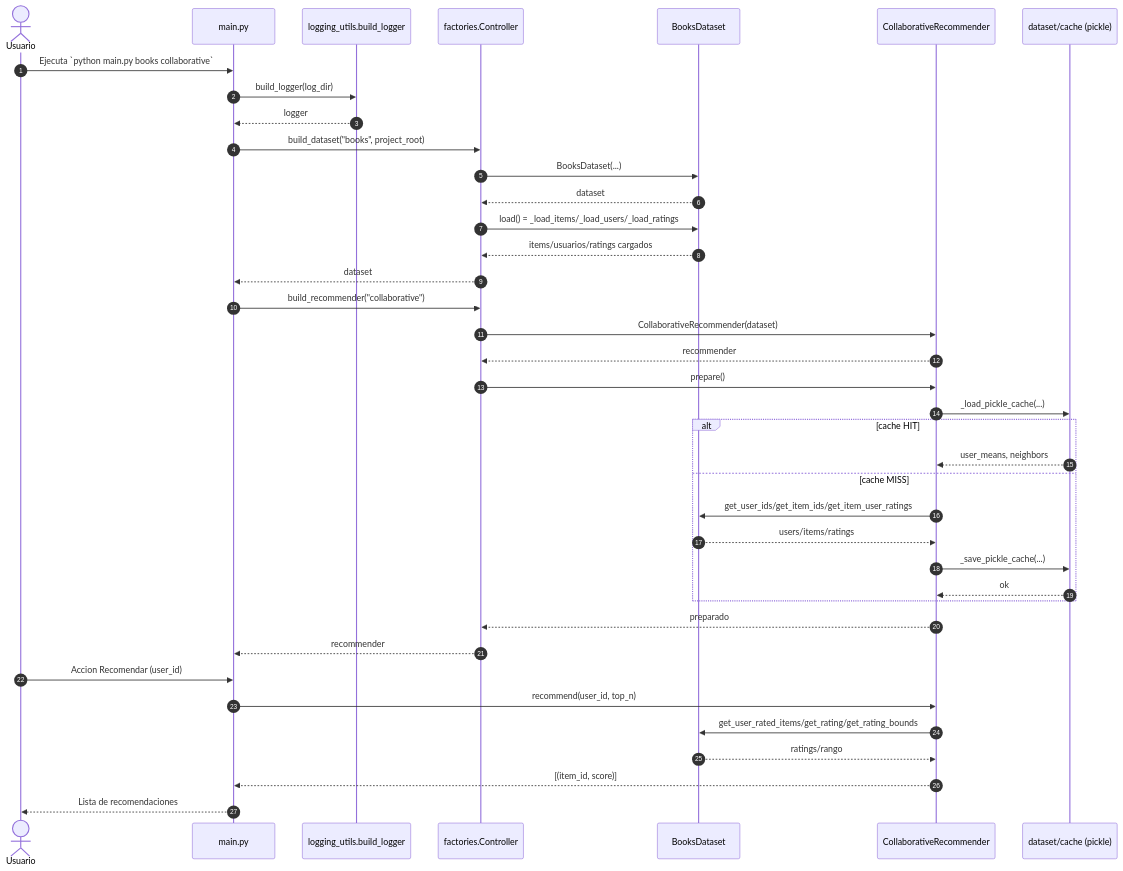
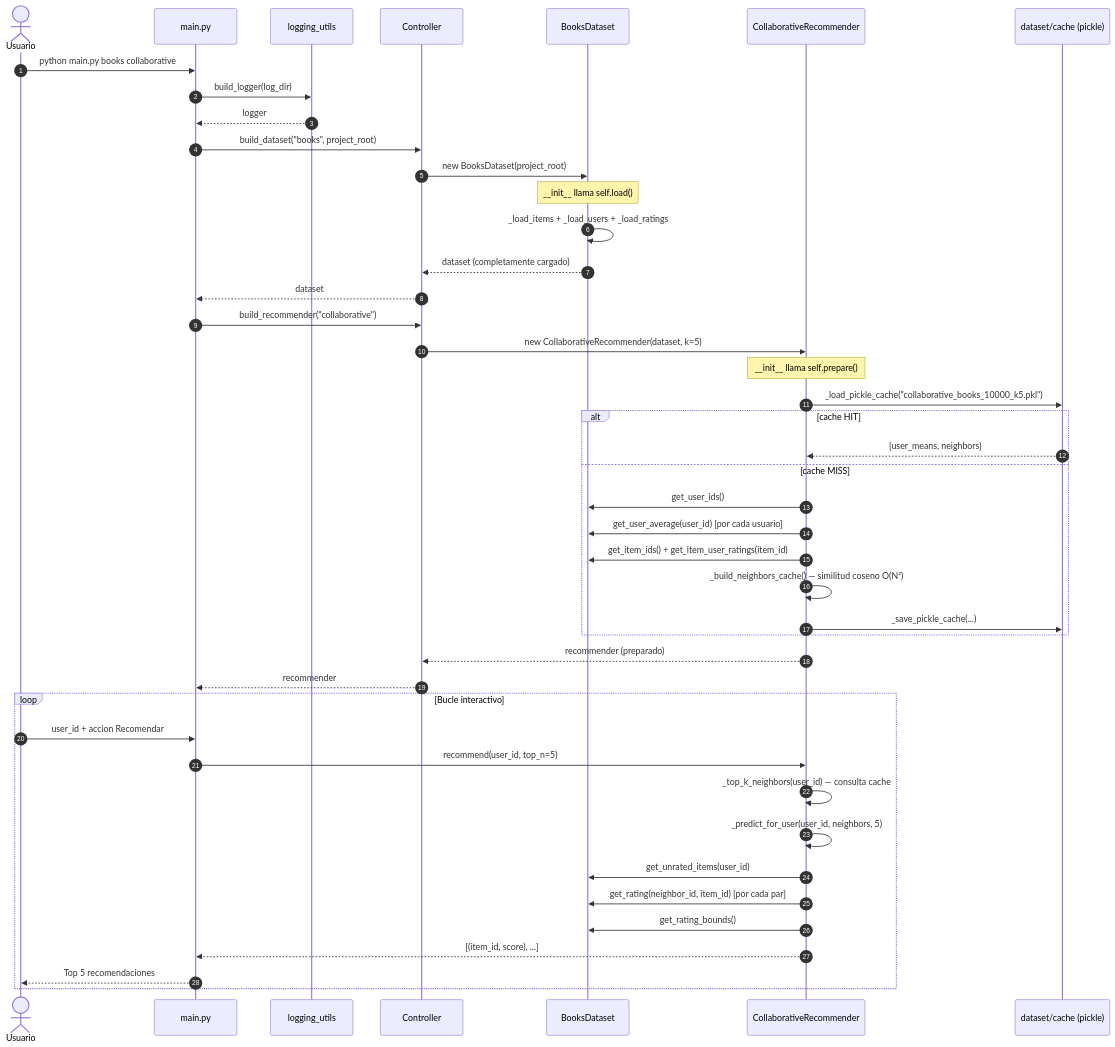
One commit to Braisfabrega/modular-recommender changed the third of 7 diagrams in README.md. Above: the diagram before and after it, drawn with Mermaid. The commit also changed other lines of this file and 8 other files, not shown here.

````diff
--- a/README.md
+++ b/README.md
@@ -215,42 +626,47 @@
 ```mermaid
 sequenceDiagram
   autonumber
   actor Usuario
   participant Main as main.py
-  participant Logger as logging_utils.build_logger
-  participant Controller as factories.Controller
+  participant Logger as logging_utils
+  participant Controller as Controller
   participant Dataset as BooksDataset
   participant Recommender as CollaborativeRecommender
   participant Cache as dataset/cache (pickle)
 
-  Usuario->>Main: Ejecuta `python main.py books collaborative`
+  Usuario->>Main: python main.py books collaborative
   Main->>Logger: build_logger(log_dir)
   Logger-->>Main: logger
   Main->>Controller: build_dataset("books", project_root)
-  Controller->>Dataset: BooksDataset(...)
-  Dataset-->>Controller: dataset
-  Controller->>Dataset: load() = _load_items/_load_users/_load_ratings
-  Dataset-->>Controller: items/usuarios/ratings cargados
+  Controller->>Dataset: new BooksDataset(project_root)
+  Note over Dataset: __init__ llama self.load()
+  Dataset->>Dataset: _load_items + _load_users + _load_ratings
+  Dataset-->>Controller: dataset (completamente cargado)
   Controller-->>Main: dataset
   Main->>Controller: build_recommender("collaborative")
-  Controller->>Recommender: CollaborativeRecommender(dataset)
-  Recommender-->>Controller: recommender
-  Controller->>Recommender: prepare()
-  Recommender->>Cache: _load_pickle_cache(...)
+  Controller->>Recommender: new CollaborativeRecommender(dataset, k=5)
+  Note over Recommender: __init__ llama self.prepare()
+  Recommender->>Cache: _load_pickle_cache("collaborative_books_10000_k5.pkl")
   alt cache HIT
-    Cache-->>Recommender: user_means, neighbors
+    Cache-->>Recommender: {user_means, neighbors}
   else cache MISS
-    Recommender->>Dataset: get_user_ids/get_item_ids/get_item_user_ratings
-    Dataset-->>Recommender: users/items/ratings
+    Recommender->>Dataset: get_user_ids()
+    Recommender->>Dataset: get_user_average(user_id) [por cada usuario]
+    Recommender->>Dataset: get_item_ids() + get_item_user_ratings(item_id)
+    Recommender->>Recommender: _build_neighbors_cache() — similitud coseno O(N²)
     Recommender->>Cache: _save_pickle_cache(...)
-    Cache-->>Recommender: ok
   end
-  Recommender-->>Controller: preparado
+  Recommender-->>Controller: recommender (preparado)
   Controller-->>Main: recommender
-  Usuario->>Main: Accion Recomendar (user_id)
-  Main->>Recommender: recommend(user_id, top_n)
-  Recommender->>Dataset: get_user_rated_items/get_rating/get_rating_bounds
-  Dataset-->>Recommender: ratings/rango
-  Recommender-->>Main: [(item_id, score)]
-  Main-->>Usuario: Lista de recomendaciones
+  loop Bucle interactivo
+    Usuario->>Main: user_id + accion Recomendar
+    Main->>Recommender: recommend(user_id, top_n=5)
+    Recommender->>Recommender: _top_k_neighbors(user_id) — consulta cache
+    Recommender->>Recommender: _predict_for_user(user_id, neighbors, 5)
+    Recommender->>Dataset: get_unrated_items(user_id)
+    Recommender->>Dataset: get_rating(neighbor_id, item_id) [por cada par]
+    Recommender->>Dataset: get_rating_bounds()
+    Recommender-->>Main: [(item_id, score), ...]
+    Main-->>Usuario: Top 5 recomendaciones
+  end
 ```
````
